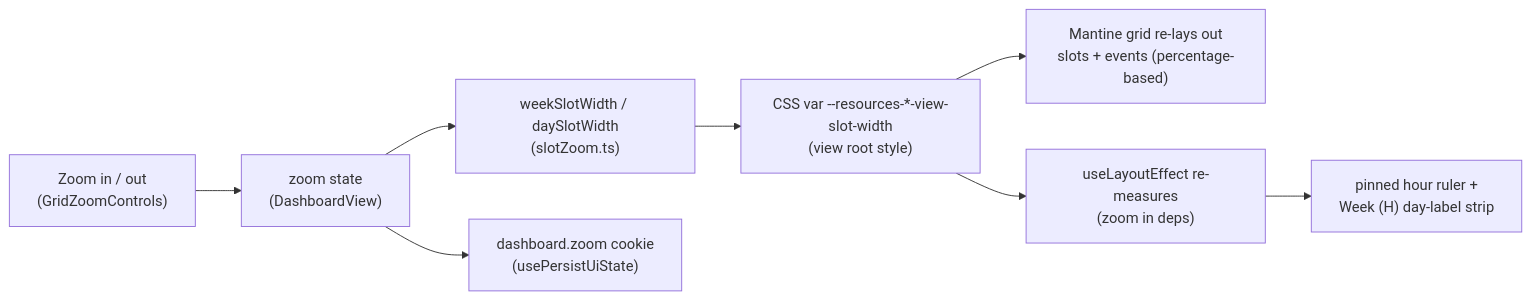
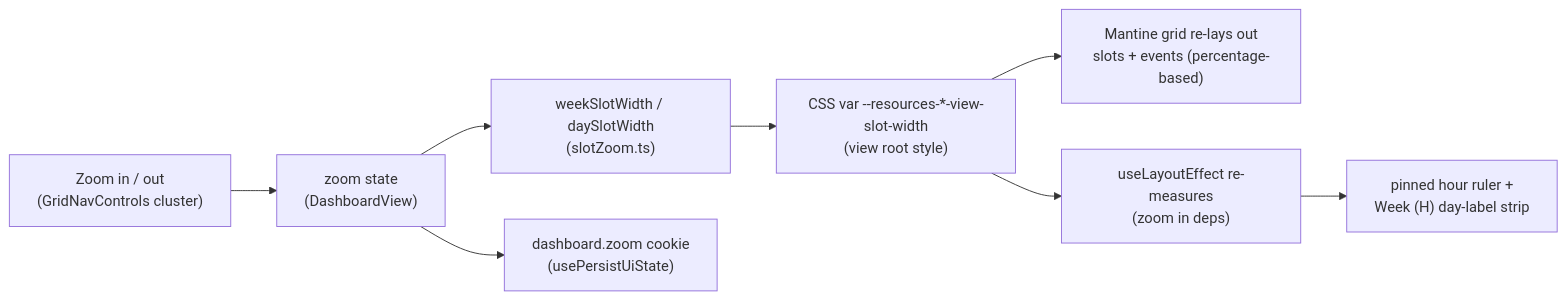
The diagram in docs/dashboard-views.md (oncloudnintynineone-source/cloudy2), drawn with Mermaid before and after one commit. The commit also changed other lines of this file and 4 other files, not shown here.

````diff
--- a/docs/dashboard-views.md
+++ b/docs/dashboard-views.md
@@ -121,10 +122,10 @@
 ```mermaid
 flowchart LR
-    B["Zoom in / out<br/>(GridZoomControls)"] --> S["zoom state<br/>(DashboardView)"]
+    B["Zoom in / out<br/>(GridNavControls cluster)"] --> S["zoom state<br/>(DashboardView)"]
     S --> W["weekSlotWidth / daySlotWidth<br/>(slotZoom.ts)"]
     W --> V["CSS var --resources-*-view-slot-width<br/>(view root style)"]
     V --> G["Mantine grid re-lays out<br/>slots + events (percentage-based)"]
     V --> M["useLayoutEffect re-measures<br/>(zoom in deps)"]
     M --> R["pinned hour ruler +<br/>Week (H) day-label strip"]
     S --> C["dashboard.zoom cookie<br/>(usePersistUiState)"]
 ```
````
